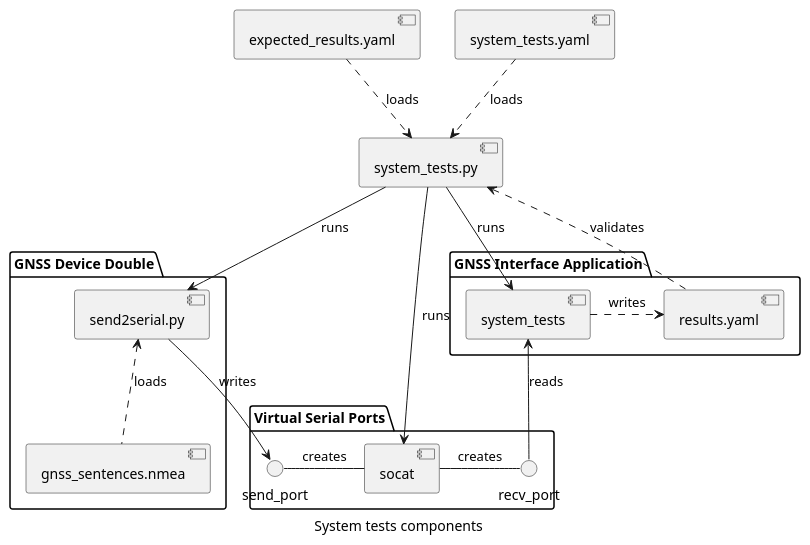
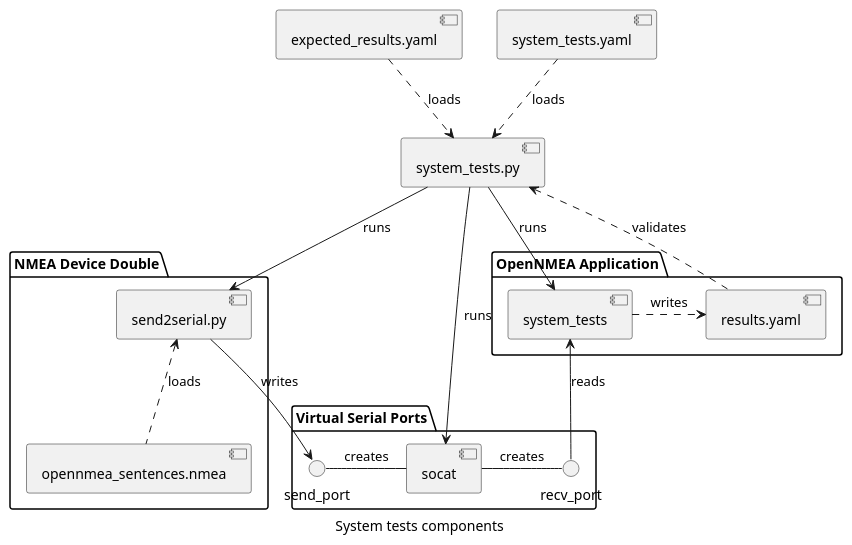
Before and after one commit to EduPonz/easynmea: the diagram in docs/uml/system_tests_arch.puml, drawn with PlantUML. The commit also changed 81 other files, not shown here.

Commit message:
Rename to OpenNMEA (#56)

```diff
--- a/docs/uml/system_tests_arch.puml
+++ b/docs/uml/system_tests_arch.puml
@@ -1,30 +1,30 @@
 @startuml
 
 caption System tests components
 
 [system_tests.py] <.up. [system_tests.yaml] : loads
 [system_tests.py] <.up. [expected_results.yaml] : loads
 
-package "GNSS Device Double" as gnss_device {
-    [send2serial.py] <.. [gnss_sentences.nmea] : loads
+package "NMEA Device Double" as nmea_device {
+    [send2serial.py] <.. [opennmea_sentences.nmea] : loads
 }
 
 package "Virtual Serial Ports" as virtual_ports {
     send_port - [socat] : creates
     [socat] - recv_port : creates
 }
 
-package "GNSS Interface Application" as gnss_app {
+package "OpenNMEA Application" as opennmea_app {
     [system_tests] .> [results.yaml] : writes
 }
 
 [send2serial.py] -down-> send_port : writes
 recv_port -up-> [system_tests] : reads
 
 [system_tests.py] --> [send2serial.py] : runs
 [system_tests.py] --> [socat] : runs
 [system_tests.py] --> [system_tests] : runs
 
 [system_tests.py] <.. [results.yaml] : validates
 
 @enduml
```
